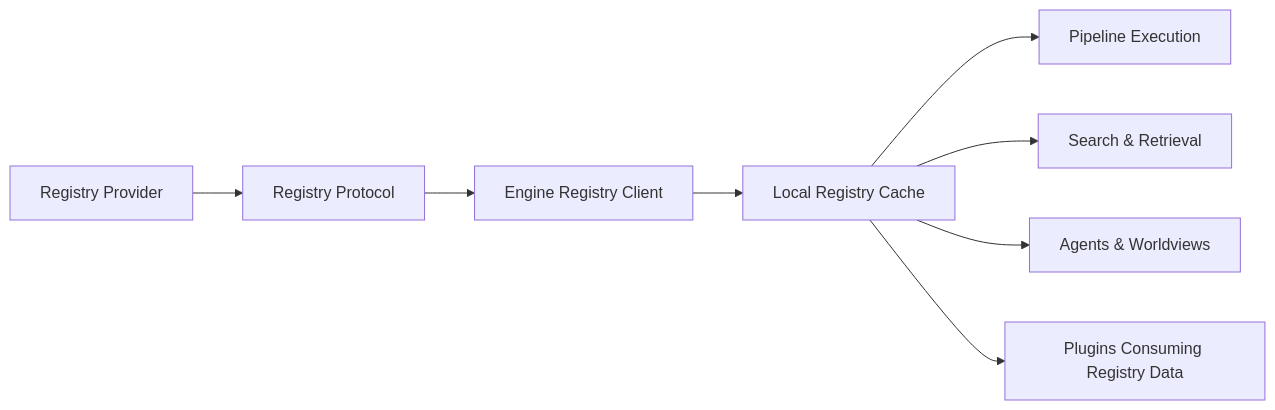
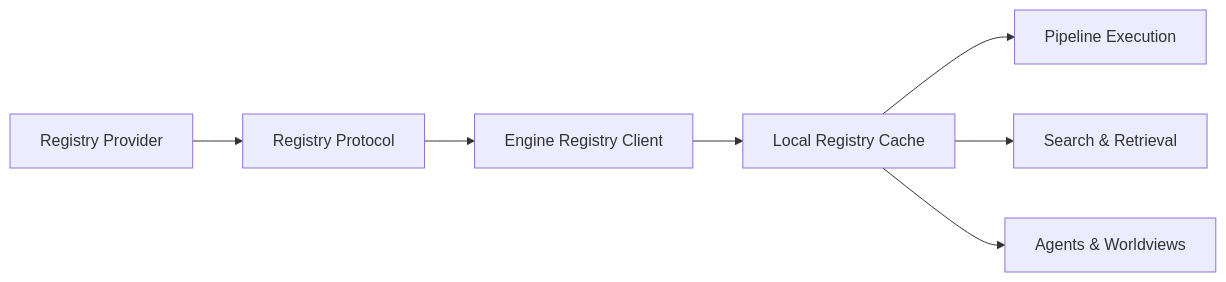
One commit to ContextHelp/ContextHelp changed the first of 2 diagrams in docs/dpkms/registries.md. Above: the diagram before and after it, drawn with Mermaid. The commit also changed other lines of this file and 152 other files, not shown here.

````diff
--- a/docs/dpkms/registries.md
+++ b/docs/dpkms/registries.md
@@ -108,10 +102,9 @@
 ```mermaid
 flowchart LR
     A[Registry Provider] --> B[Registry Protocol]
     B --> C[Engine Registry Client]
     C --> D[Local Registry Cache]
     D --> E1[Pipeline Execution]
     D --> E2[Search & Retrieval]
     D --> E3[Agents & Worldviews]
-    D --> E4[Plugins Consuming Registry Data]
 ```
````
